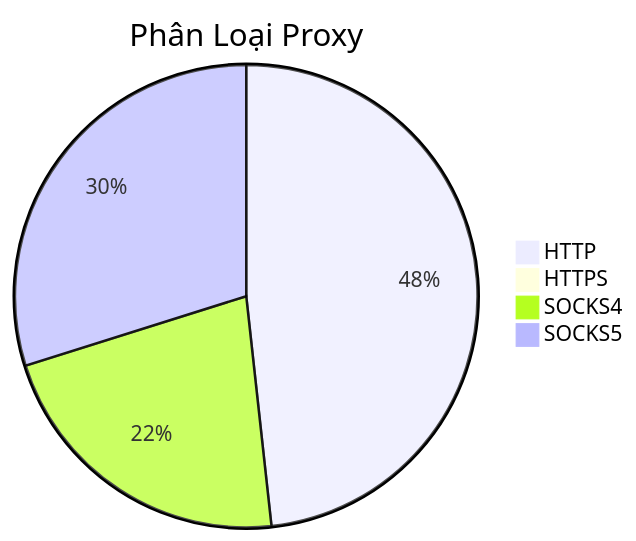
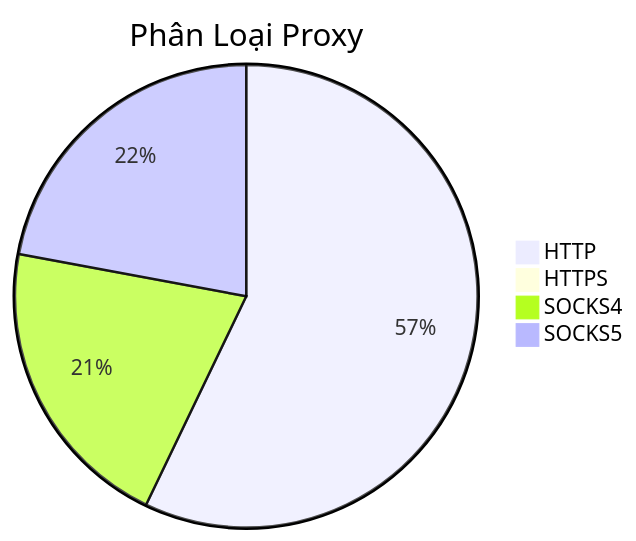
Before and after one commit to Ciara-12/PROXY-free: the diagram in README.md, drawn with Mermaid. The commit also changed other lines of this file and 4 other files, not shown here.

````diff
--- a/README.md
+++ b/README.md
@@ -26,7 +26,7 @@
 ```mermaid
 pie title Phân Loại Proxy
-    "HTTP" : 886
-    "HTTPS" : 0
-    "SOCKS4" : 402
-    "SOCKS5" : 548
+    "HTTP" : 1030
+    "HTTPS" : 1
+    "SOCKS4" : 375
+    "SOCKS5" : 398
 ```
````
